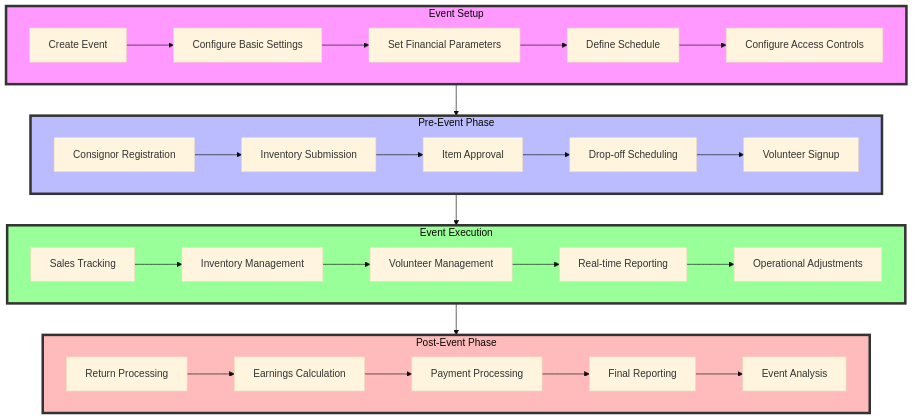
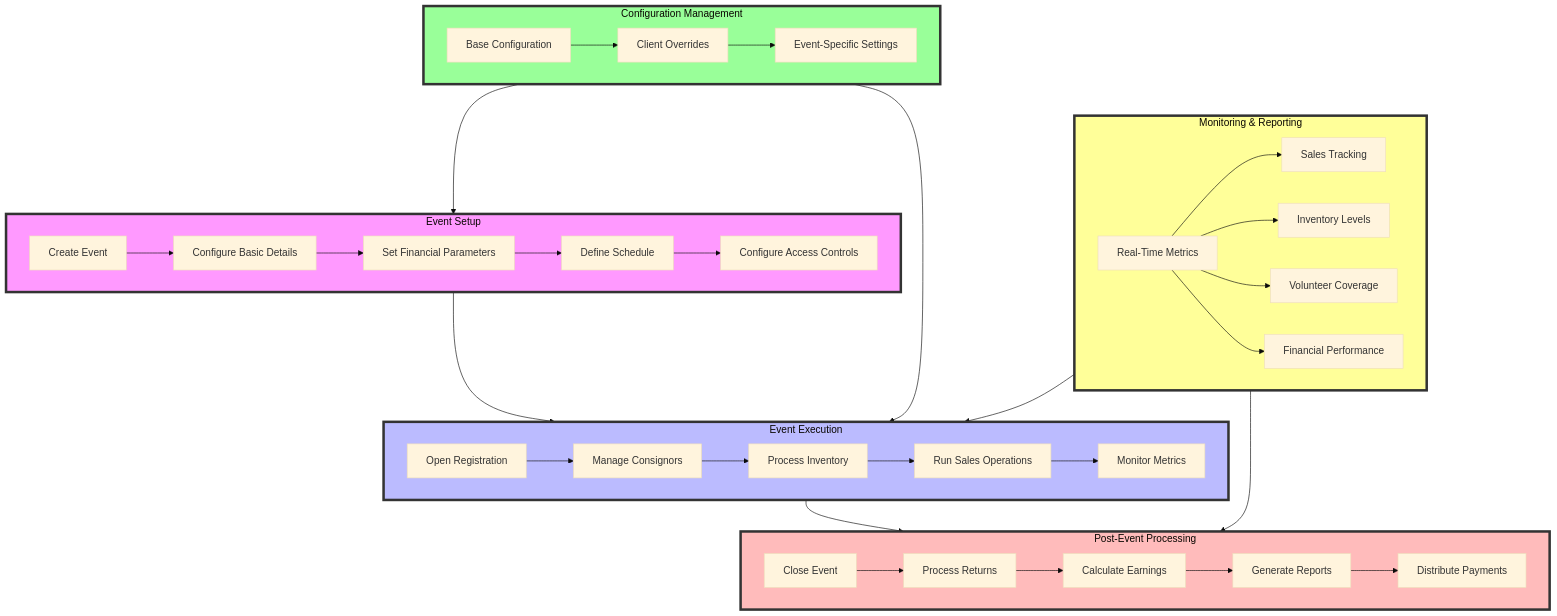
The diagram in docs/diagrams/event-management-flow.mmd (atEverychance/ProjectCR), drawn with Mermaid (base theme) before and after one commit.

Commit message:
docs: update event management flow diagram with streamlined phases and monitoring

```diff
--- a/docs/diagrams/event-management-flow.mmd
+++ b/docs/diagrams/event-management-flow.mmd
@@ -1,47 +1,46 @@
 flowchart TD
     subgraph Setup[Event Setup]
-        A1[Create Event] --> A2[Configure Basic Settings]
+        A1[Create Event] --> A2[Configure Basic Details]
         A2 --> A3[Set Financial Parameters]
         A3 --> A4[Define Schedule]
         A4 --> A5[Configure Access Controls]
     end
-    
-    subgraph PreEvent[Pre-Event Phase]
-        B1[Consignor Registration] --> B2[Inventory Submission]
-        B2 --> B3[Item Approval]
-        B3 --> B4[Drop-off Scheduling]
-        B4 --> B5[Volunteer Signup]
+
+    subgraph Execution[Event Execution]
+        B1[Open Registration] --> B2[Manage Consignors]
+        B2 --> B3[Process Inventory]
+        B3 --> B4[Run Sales Operations]
+        B4 --> B5[Monitor Metrics]
     end
-    
-    subgraph Event[Event Execution]
-        C1[Sales Tracking] --> C2[Inventory Management]
-        C2 --> C3[Volunteer Management]
-        C3 --> C4[Real-time Reporting]
-        C4 --> C5[Operational Adjustments]
+
+    subgraph PostEvent[Post-Event Processing]
+        C1[Close Event] --> C2[Process Returns]
+        C2 --> C3[Calculate Earnings]
+        C3 --> C4[Generate Reports]
+        C4 --> C5[Distribute Payments]
     end
-    
-    subgraph PostEvent[Post-Event Phase]
-        D1[Return Processing] --> D2[Earnings Calculation]
-        D2 --> D3[Payment Processing]
-        D3 --> D4[Final Reporting]
-        D4 --> D5[Event Analysis]
+
+    subgraph Configuration[Configuration Management]
+        D1[Base Configuration] --> D2[Client Overrides]
+        D2 --> D3[Event-Specific Settings]
     end
-    
-    Setup --> PreEvent
-    PreEvent --> Event
-    Event --> PostEvent
-    
+
+    subgraph Monitoring[Monitoring & Reporting]
+        E1[Real-Time Metrics] --> E2[Sales Tracking]
+        E1 --> E3[Inventory Levels]
+        E1 --> E4[Volunteer Coverage]
+        E1 --> E5[Financial Performance]
+    end
+
+    Setup --> Execution
+    Execution --> PostEvent
+    Configuration --> Setup
+    Configuration --> Execution
+    Monitoring --> Execution
+    Monitoring --> PostEvent
+
     style Setup fill:#f9f,stroke:#333,stroke-width:4px
-    style PreEvent fill:#bbf,stroke:#333,stroke-width:4px
-    style Event fill:#9f9,stroke:#333,stroke-width:4px
+    style Execution fill:#bbf,stroke:#333,stroke-width:4px
     style PostEvent fill:#fbb,stroke:#333,stroke-width:4px
-    
-    classDef setup fill:#f9f,stroke:#333,stroke-width:4px
-    classDef preEvent fill:#bbf,stroke:#333,stroke-width:4px
-    classDef event fill:#9f9,stroke:#333,stroke-width:4px
-    classDef postEvent fill:#fbb,stroke:#333,stroke-width:4px
-    
-    class Setup setup
-    class PreEvent preEvent
-    class Event event
-    class PostEvent postEvent
+    style Configuration fill:#9f9,stroke:#333,stroke-width:4px
+    style Monitoring fill:#ff9,stroke:#333,stroke-width:4px
```
